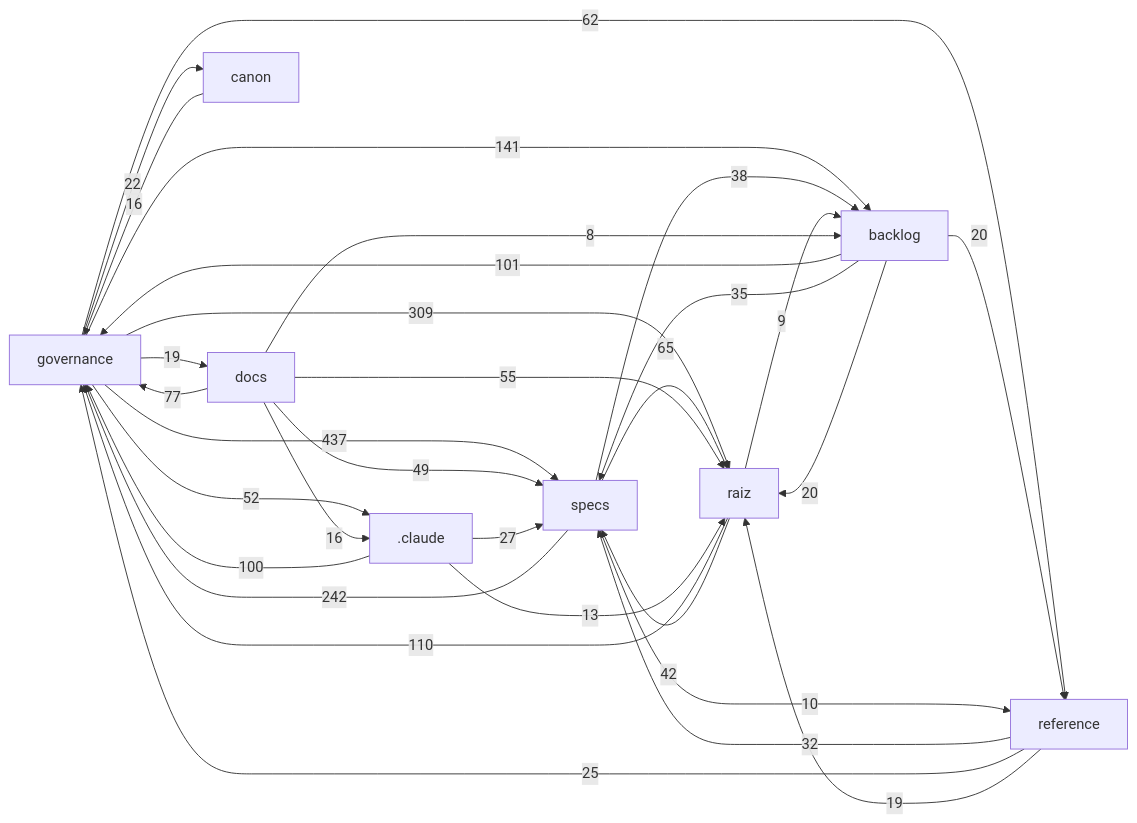
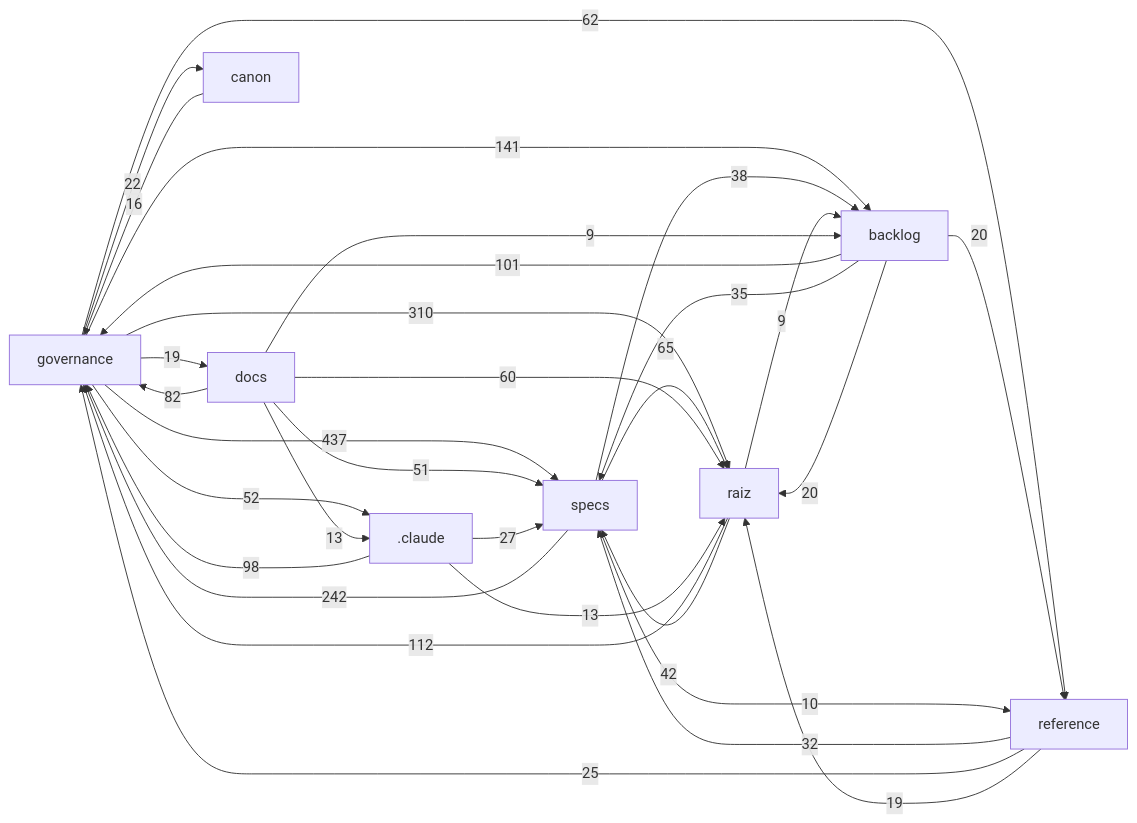
One commit to Andraus35/Sistema-Operacional-de-Trading--SOT changed the diagram in docs/mapa/MAPA-PROJETO.md. Above: the diagram before and after it, drawn with Mermaid. The commit also changed other lines of this file and 11 other files, not shown here.

First line of the commit message:
DHR-AUDITOR-EXTERNO-016: funde no gate do Revisor o que era útil dos subagentes de 1ª geração (contrato de schemas, lint de specs) e os aposenta; HANDOFF HO-2026-10-17-07

````diff
--- a/docs/mapa/MAPA-PROJETO.md
+++ b/docs/mapa/MAPA-PROJETO.md
@@ -29,33 +29,33 @@
 ```mermaid
 flowchart LR
   governance["governance"] -->|437| specs["specs"]
-  governance["governance"] -->|309| raiz["raiz"]
+  governance["governance"] -->|310| raiz["raiz"]
   specs["specs"] -->|242| governance["governance"]
   governance["governance"] -->|141| backlog["backlog"]
-  raiz["raiz"] -->|110| governance["governance"]
+  raiz["raiz"] -->|112| governance["governance"]
   backlog["backlog"] -->|101| governance["governance"]
-  _claude[".claude"] -->|100| governance["governance"]
-  docs["docs"] -->|77| governance["governance"]
+  _claude[".claude"] -->|98| governance["governance"]
+  docs["docs"] -->|82| governance["governance"]
   specs["specs"] -->|65| raiz["raiz"]
   governance["governance"] -->|62| reference["reference"]
-  docs["docs"] -->|55| raiz["raiz"]
+  docs["docs"] -->|60| raiz["raiz"]
   governance["governance"] -->|52| _claude[".claude"]
-  docs["docs"] -->|49| specs["specs"]
+  docs["docs"] -->|51| specs["specs"]
   raiz["raiz"] -->|42| specs["specs"]
   specs["specs"] -->|38| backlog["backlog"]
   backlog["backlog"] -->|35| specs["specs"]
   reference["reference"] -->|32| specs["specs"]
   _claude[".claude"] -->|27| specs["specs"]
   reference["reference"] -->|25| governance["governance"]
   governance["governance"] -->|22| canon["canon"]
   backlog["backlog"] -->|20| raiz["raiz"]
   backlog["backlog"] -->|20| reference["reference"]
   governance["governance"] -->|19| docs["docs"]
   reference["reference"] -->|19| raiz["raiz"]
   canon["canon"] -->|16| governance["governance"]
-  docs["docs"] -->|16| _claude[".claude"]
   _claude[".claude"] -->|13| raiz["raiz"]
+  docs["docs"] -->|13| _claude[".claude"]
   specs["specs"] -->|10| reference["reference"]
   raiz["raiz"] -->|9| backlog["backlog"]
-  docs["docs"] -->|8| backlog["backlog"]
+  docs["docs"] -->|9| backlog["backlog"]
 ```
````
